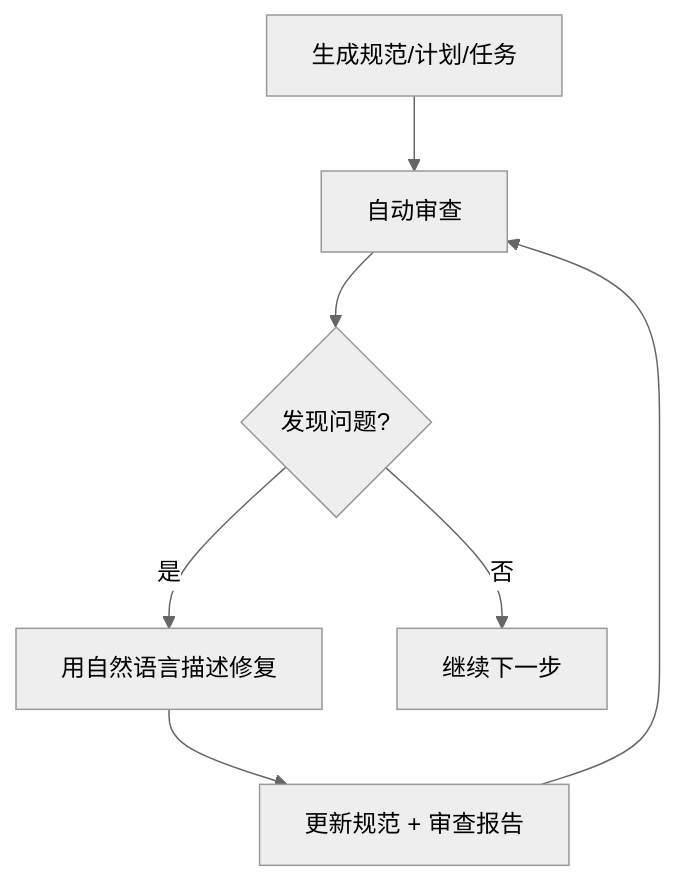
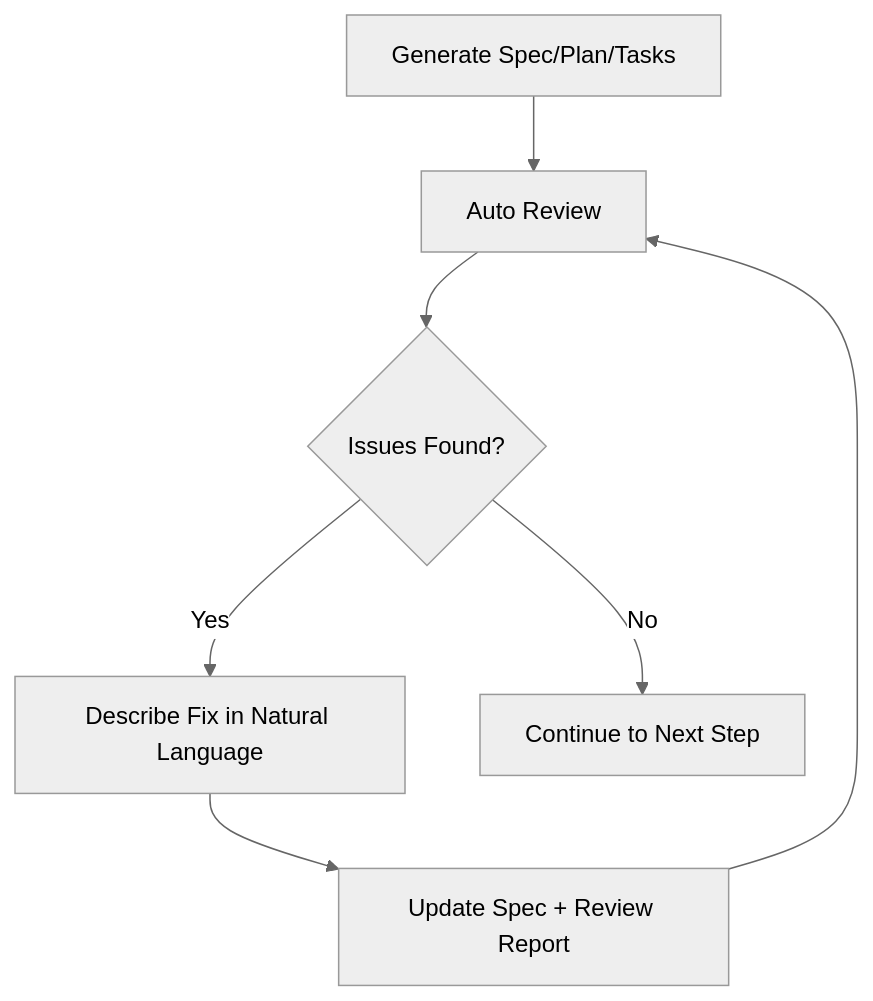
One commit to Zts0hg/codexspec changed the third of 3 diagrams in README.md. Above: the diagram before and after it, drawn with Mermaid (neutral theme). The commit also changed other lines of this file, not shown here.

````diff
--- a/README.md
+++ b/README.md
@@ -207,9 +252,9 @@
 ```mermaid
 flowchart TB
-    A[生成规范/计划/任务] --> B[自动审查]
-    B --> C{发现问题?}
-    C -->|是| D[用自然语言描述修复]
-    D --> E[更新规范 + 审查报告]
+    A[Generate Spec/Plan/Tasks] --> B[Auto Review]
+    B --> C{Issues Found?}
+    C -->|Yes| D[Describe Fix in Natural Language]
+    D --> E[Update Spec + Review Report]
     E --> B
-    C -->|否| F[继续下一步]
+    C -->|No| F[Continue to Next Step]
 ```
````
